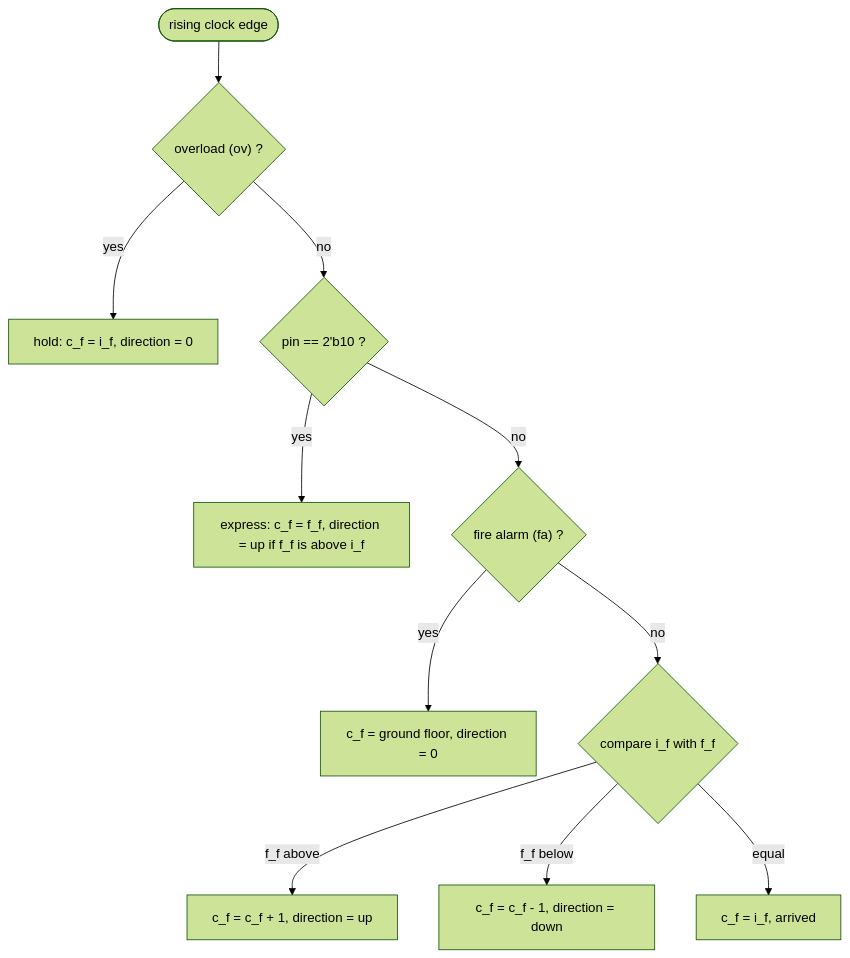
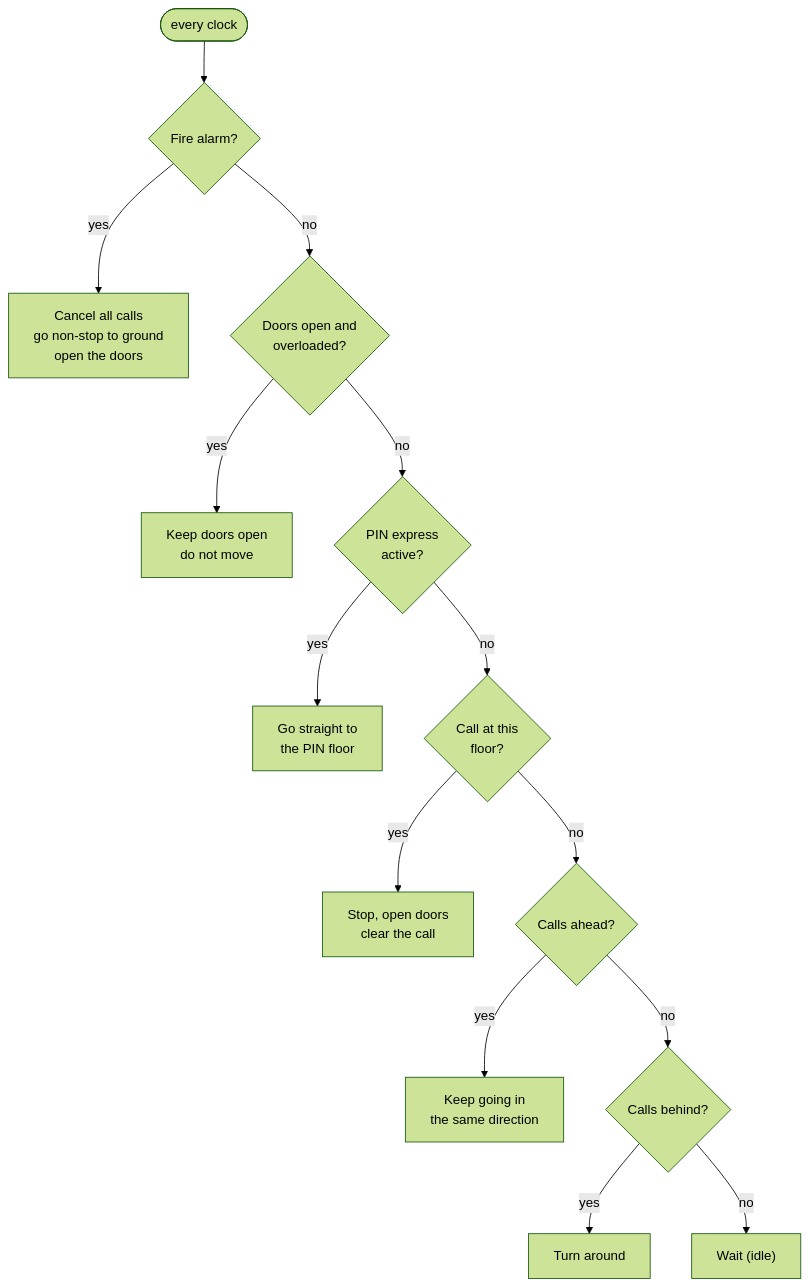
One commit to Krithik-Bala/secure-elevator-controller-fpga changed the first of 2 diagrams in README.md. Above: the diagram before and after it, drawn with Mermaid (forest theme). The commit also changed other lines of this file and 7 other files, not shown here.

First line of the commit message:
Add collective-control lift controller (fire > overload > PIN priority)

````diff
--- a/README.md
+++ b/README.md
@@ -42,13 +37,16 @@
 ```mermaid
 flowchart TD
-    A([rising clock edge]) --> B{"overload (ov) ?"}
-    B -- yes --> B1["hold: c_f = i_f, direction = 0"]
-    B -- no --> C{"pin == 2'b10 ?"}
-    C -- yes --> C1["express: c_f = f_f, direction = up if f_f is above i_f"]
-    C -- no --> D{"fire alarm (fa) ?"}
-    D -- yes --> D1["c_f = ground floor, direction = 0"]
-    D -- no --> E{"compare i_f with f_f"}
-    E -- "f_f above" --> E1["c_f = c_f + 1, direction = up"]
-    E -- "f_f below" --> E2["c_f = c_f - 1, direction = down"]
-    E -- equal --> E3["c_f = i_f, arrived"]
+    A([every clock]) --> F{"Fire alarm?"}
+    F -- yes --> F1["Cancel all calls<br/>go non-stop to ground<br/>open the doors"]
+    F -- no --> O{"Doors open and<br/>overloaded?"}
+    O -- yes --> O1["Keep doors open<br/>do not move"]
+    O -- no --> P{"PIN express<br/>active?"}
+    P -- yes --> P1["Go straight to<br/>the PIN floor"]
+    P -- no --> S{"Call at this<br/>floor?"}
+    S -- yes --> S1["Stop, open doors<br/>clear the call"]
+    S -- no --> D{"Calls ahead?"}
+    D -- yes --> D1["Keep going in<br/>the same direction"]
+    D -- no --> R{"Calls behind?"}
+    R -- yes --> R1["Turn around"]
+    R -- no --> I["Wait (idle)"]
 ```
````
